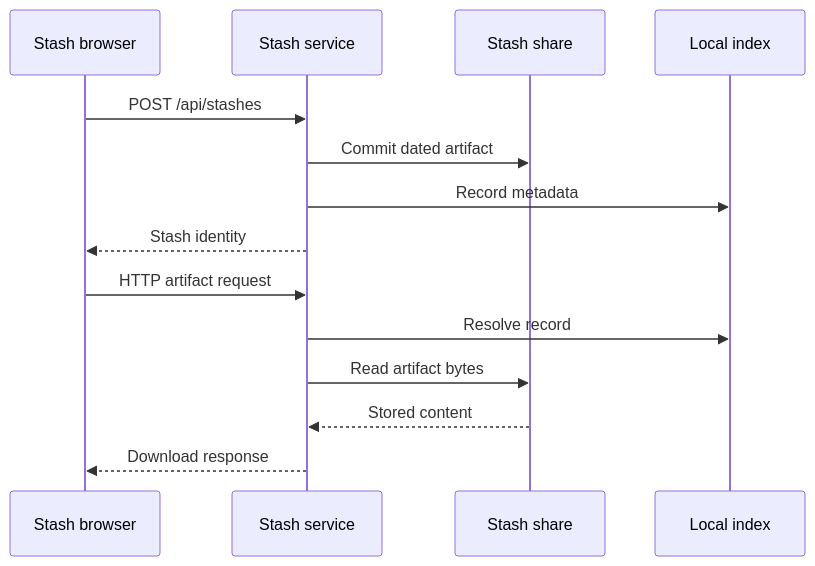
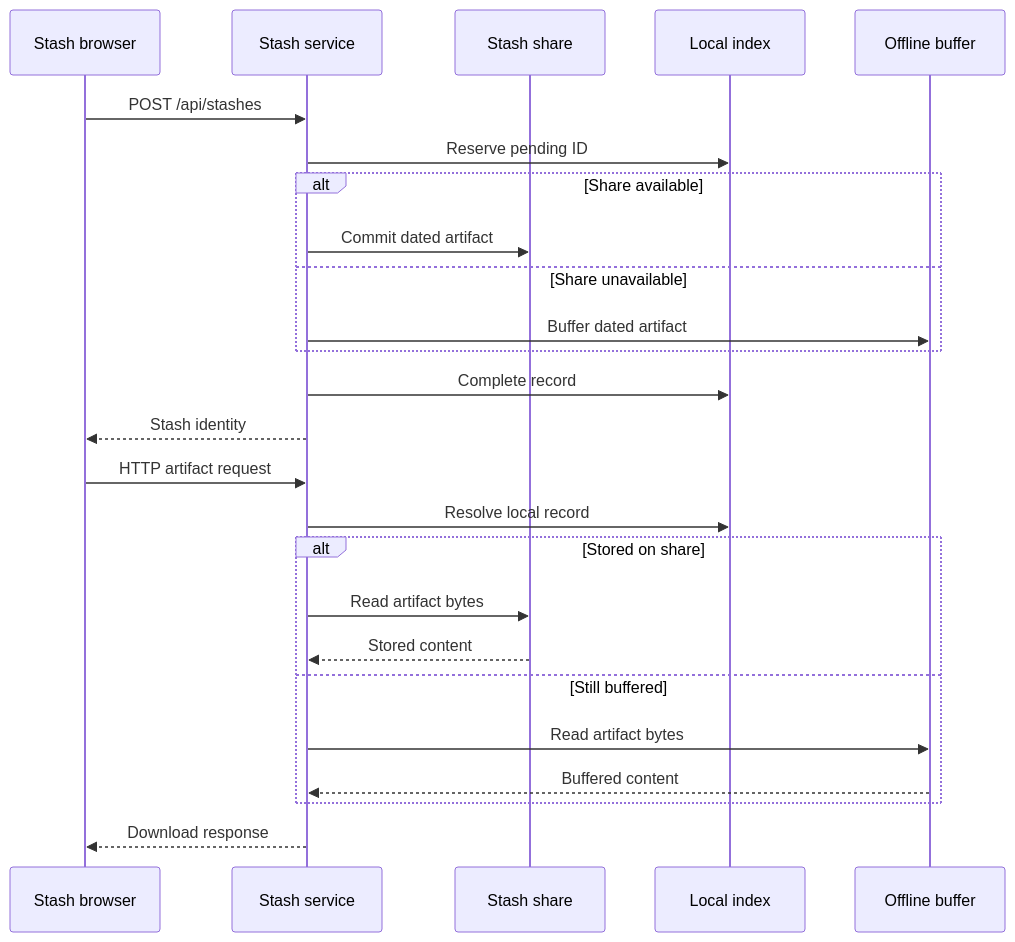
Before and after one commit to alissonsol/yuruna: the fourth of 8 diagrams in docs/design/03-data-flows.md, drawn with Mermaid. The commit also changed other lines of this file and 1304 other files, not shown here.

````diff
--- a/docs/design/03-data-flows.md
+++ b/docs/design/03-data-flows.md
@@ -179,16 +179,27 @@
 ```mermaid
 sequenceDiagram
     participant new-html as Stash browser
     participant stash-service as Stash service
     participant store-go as Stash share
-    participant meta as Local index
+    participant metadata-index as Local index
+    participant offline-buffer as Offline buffer
     new-html->>stash-service: POST /api/stashes
-    stash-service->>store-go: Commit dated artifact
-    stash-service->>meta: Record metadata
+    stash-service->>metadata-index: Reserve pending ID
+    alt Share available
+        stash-service->>store-go: Commit dated artifact
+    else Share unavailable
+        stash-service->>offline-buffer: Buffer dated artifact
+    end
+    stash-service->>metadata-index: Complete record
     stash-service-->>new-html: Stash identity
     new-html->>stash-service: HTTP artifact request
-    stash-service->>meta: Resolve record
-    stash-service->>store-go: Read artifact bytes
-    store-go-->>stash-service: Stored content
+    stash-service->>metadata-index: Resolve local record
+    alt Stored on share
+        stash-service->>store-go: Read artifact bytes
+        store-go-->>stash-service: Stored content
+    else Still buffered
+        stash-service->>offline-buffer: Read artifact bytes
+        offline-buffer-->>stash-service: Buffered content
+    end
     stash-service-->>new-html: Download response
 ```
````
